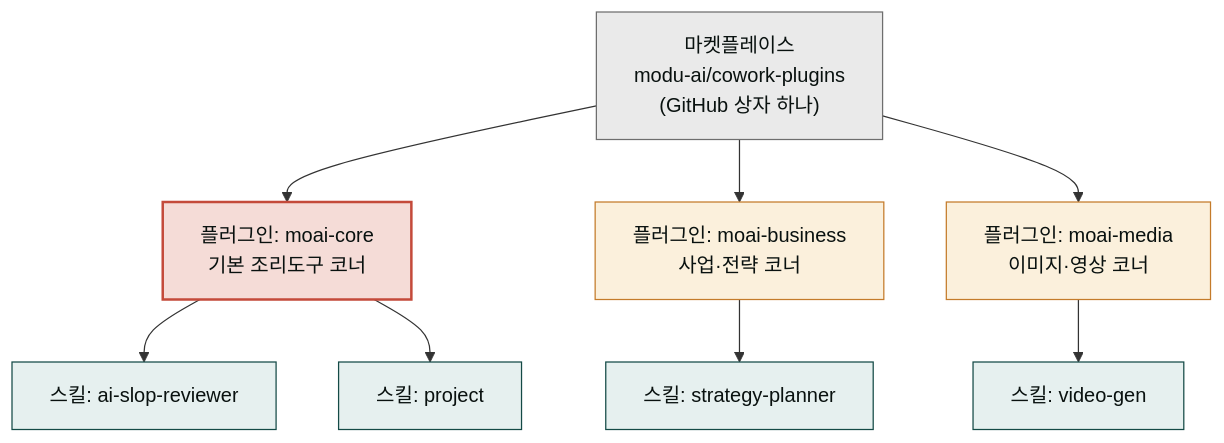
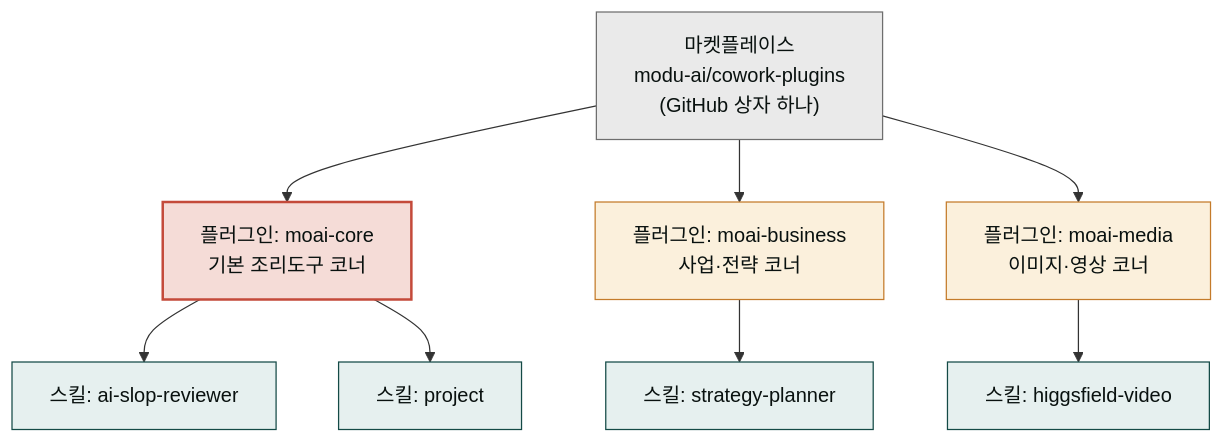
The first of 3 diagrams in content/plugins/quick-start.md (modu-ai/claude), drawn with Mermaid before and after one commit. The commit also changed other lines of this file and 84 other files, not shown here.

First line of the commit message:
docs(docs-site): drawio → mermaid 전환 + 카운트 정정 + drawio 잔재 제거 (v2.23.0)

````diff
--- a/content/plugins/quick-start.md
+++ b/content/plugins/quick-start.md
@@ -22,20 +22,20 @@
 ```mermaid
 flowchart TD
     MP["마켓플레이스<br/>modu-ai/cowork-plugins<br/>(GitHub 상자 하나)"]
     MP --> P1["플러그인: moai-core<br/>기본 조리도구 코너"]
     MP --> P2["플러그인: moai-business<br/>사업·전략 코너"]
     MP --> P3["플러그인: moai-media<br/>이미지·영상 코너"]
     P1 --> S1["스킬: ai-slop-reviewer"]
     P1 --> S2["스킬: project"]
     P2 --> S3["스킬: strategy-planner"]
-    P3 --> S4["스킬: video-gen"]
+    P3 --> S4["스킬: higgsfield-video"]
 
     style MP fill:#eaeaea,stroke:#6e6e6e,color:#09110f
     style P1 fill:#f5dcd7,stroke:#c44a3a,stroke-width:2px,color:#09110f
     style P2 fill:#fbf0dc,stroke:#c47b2a,color:#09110f
     style P3 fill:#fbf0dc,stroke:#c47b2a,color:#09110f
     style S1 fill:#e6f0ef,stroke:#144a46,color:#09110f
     style S2 fill:#e6f0ef,stroke:#144a46,color:#09110f
     style S3 fill:#e6f0ef,stroke:#144a46,color:#09110f
     style S4 fill:#e6f0ef,stroke:#144a46,color:#09110f
 ```
````
